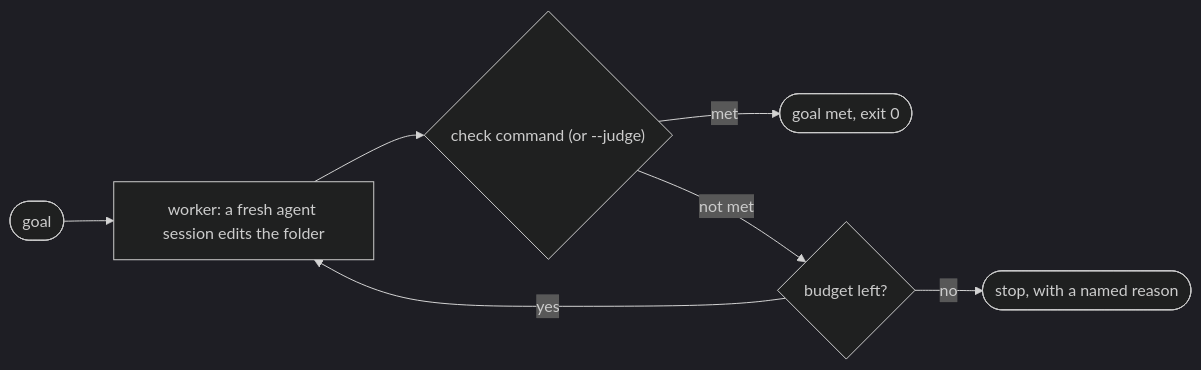
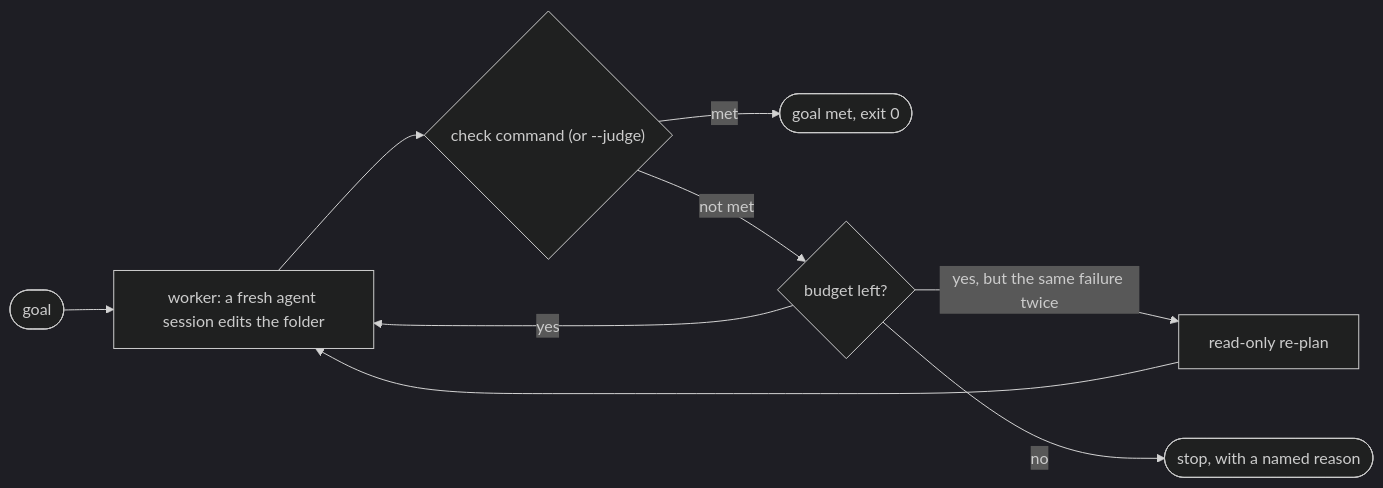
Before and after one commit to ydmitry/subgoal-skill: the diagram in README.md, drawn with Mermaid (dark theme). The commit also changed other lines of this file and 13 other files, not shown here.

````diff
--- a/README.md
+++ b/README.md
@@ -29,9 +29,10 @@
 ```mermaid
 flowchart LR
     G([goal]) --> W["worker: a fresh agent session edits the folder"]
     W --> C{"check command (or --judge)"}
     C -- met --> M([goal met, exit 0])
     C -- not met --> B{budget left?}
     B -- yes --> W
+    B -- "yes, but the same failure twice" --> P["read-only re-plan"] --> W
     B -- no --> S([stop, with a named reason])
 ```
````
